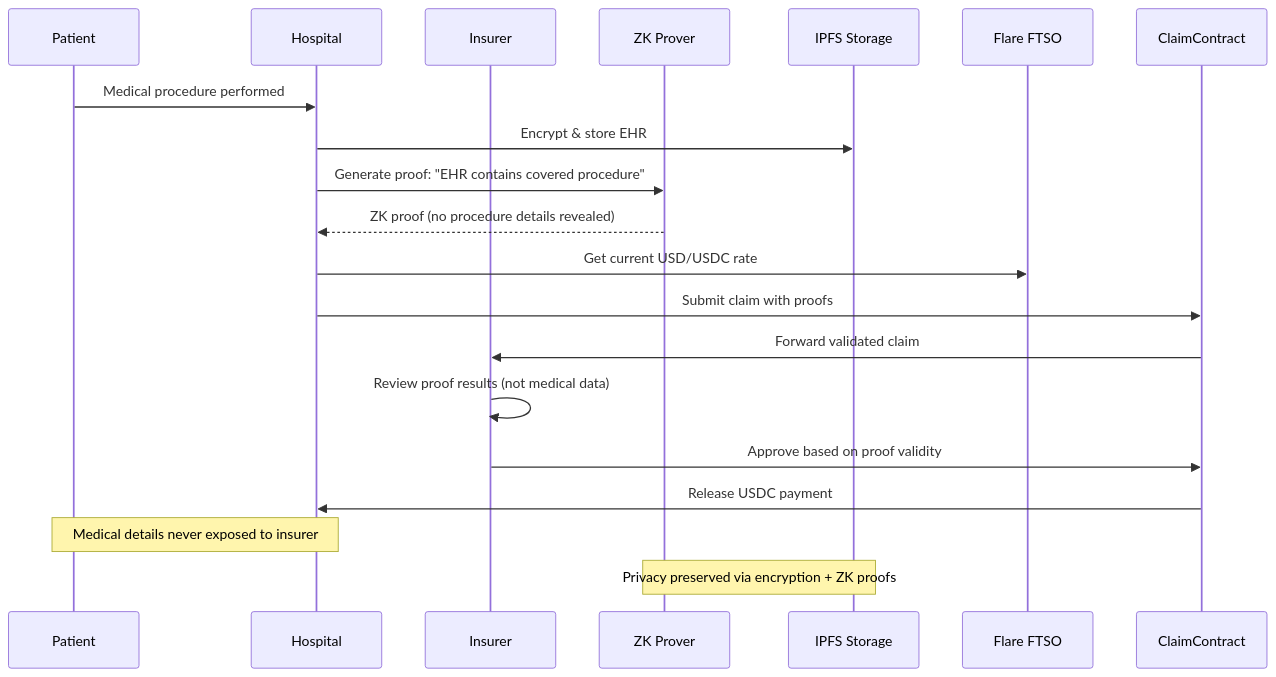
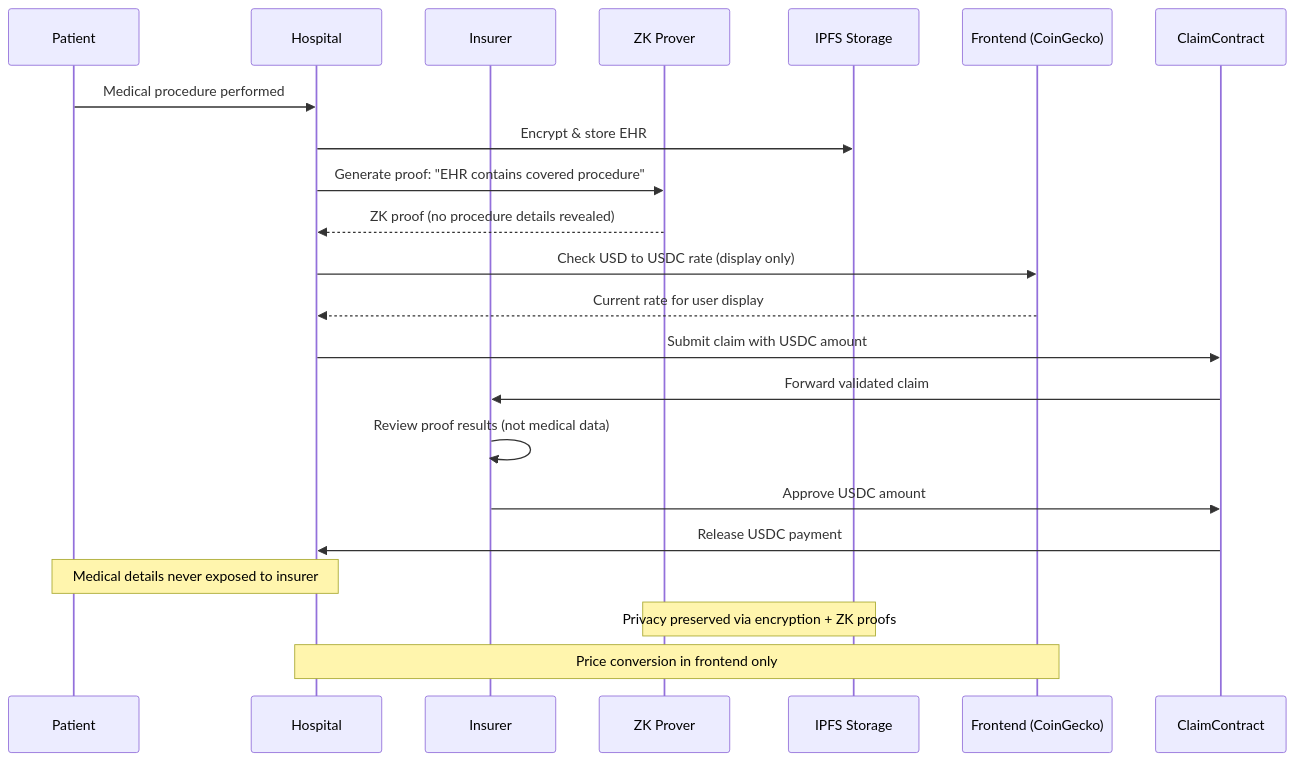
The third of 3 diagrams in memory-bank/systemPatterns.md (ppezzull/zkMed), drawn with Mermaid before and after one commit. The commit also changed other lines of this file and 408 other files, not shown here.

````diff
--- a/memory-bank/systemPatterns.md
+++ b/memory-bank/systemPatterns.md
@@ -193,23 +207,25 @@
 ```mermaid
 sequenceDiagram
     participant P as Patient
     participant H as Hospital
     participant I as Insurer
     participant ZK as ZK Prover
     participant IPFS as IPFS Storage
-    participant FT as Flare FTSO
+    participant UI as Frontend (CoinGecko)
     
     P->>H: Medical procedure performed
     H->>IPFS: Encrypt & store EHR
     H->>ZK: Generate proof: "EHR contains covered procedure"
     ZK-->>H: ZK proof (no procedure details revealed)
-    H->>FT: Get current USD/USDC rate
-    H->>ClaimContract: Submit claim with proofs
+    H->>UI: Check USD to USDC rate (display only)
+    UI-->>H: Current rate for user display
+    H->>ClaimContract: Submit claim with USDC amount
     ClaimContract->>I: Forward validated claim
     I->>I: Review proof results (not medical data)
-    I->>ClaimContract: Approve based on proof validity
+    I->>ClaimContract: Approve USDC amount
     ClaimContract->>H: Release USDC payment
     
     Note over P,H: Medical details never exposed to insurer
     Note over ZK,IPFS: Privacy preserved via encryption + ZK proofs
+    Note over UI,H: Price conversion in frontend only
 ```
````
